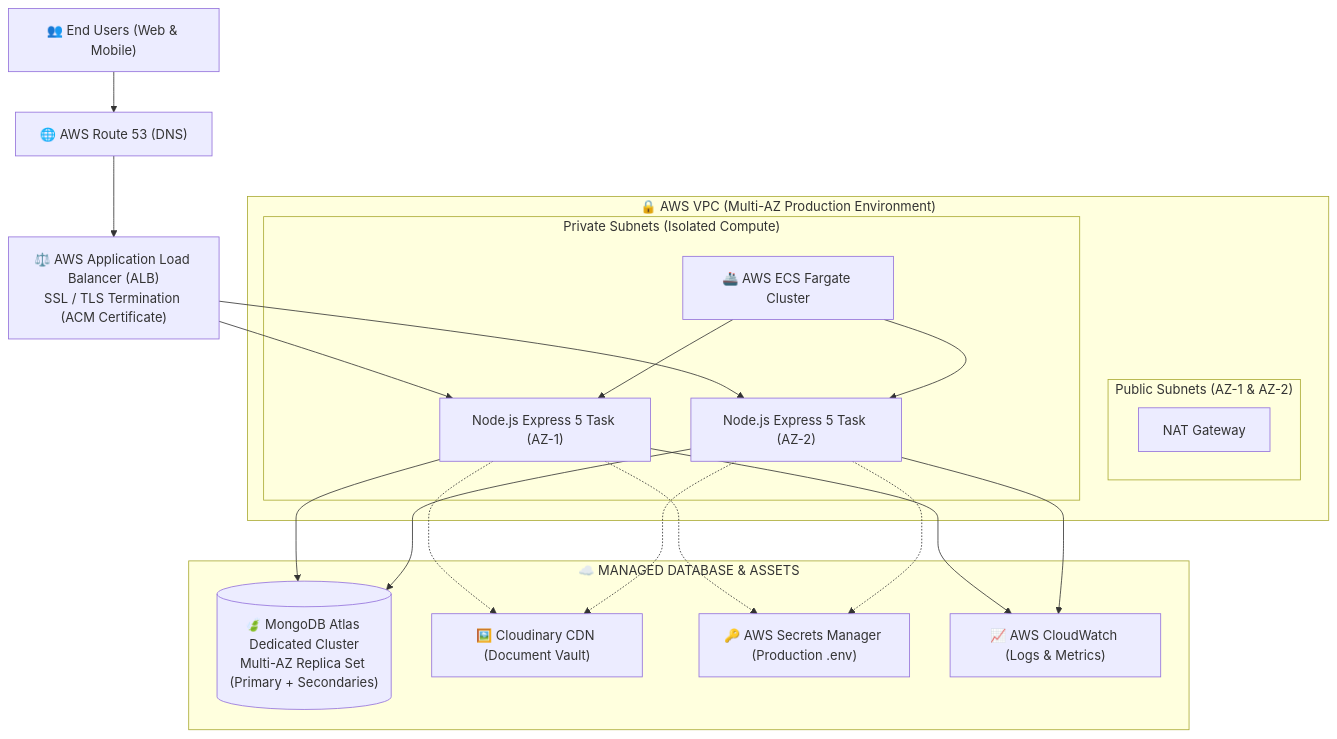
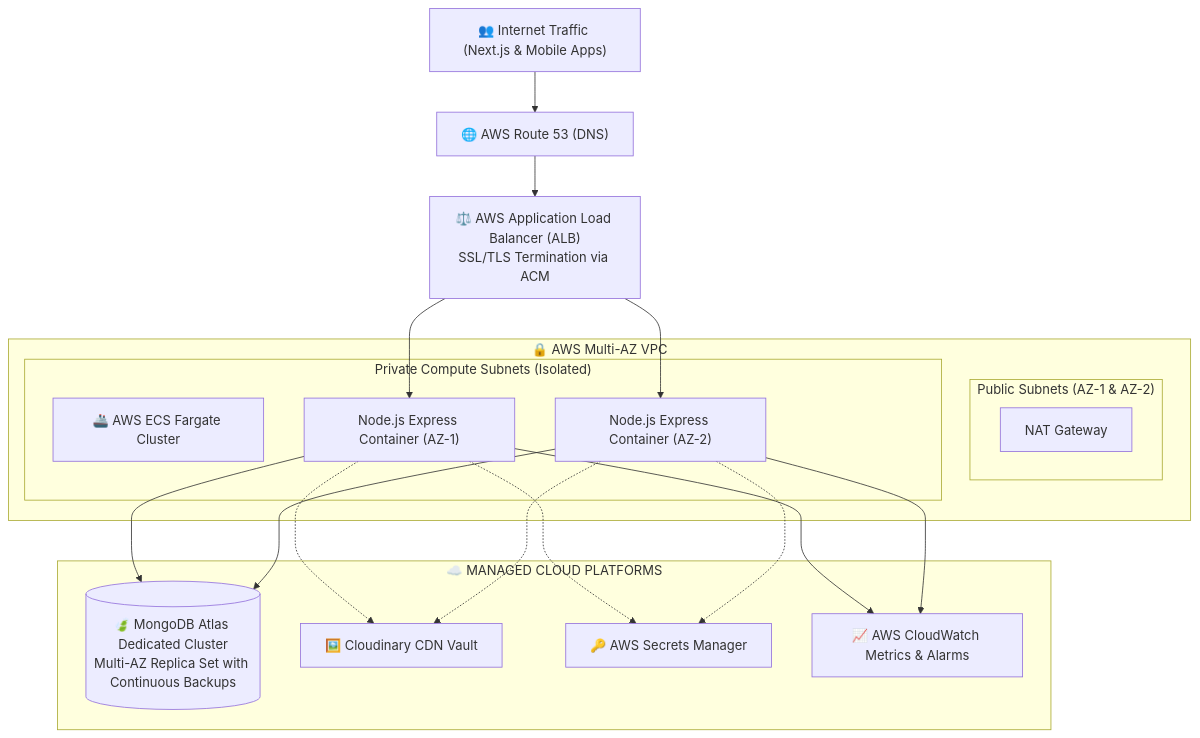
Diagram 16 of 16 in flat-maintenance-backend/docs/BACKEND_TECHNICAL_DOCUMENTATION.md (umarxcodes/flat-maintenance-system), drawn with Mermaid before and after one commit. The commit also changed other lines of this file, not shown here.

Commit message:
docs(architecture): upgrade master backend technical documentation to enterprise SSOT

````diff
--- a/flat-maintenance-backend/docs/BACKEND_TECHNICAL_DOCUMENTATION.md
+++ b/flat-maintenance-backend/docs/BACKEND_TECHNICAL_DOCUMENTATION.md
@@ -2179,37 +2364,34 @@
 ```mermaid
 graph TD
-    Users["👥 End Users (Web & Mobile)"] --> Route53["🌐 AWS Route 53 (DNS)"]
-    Route53 --> ALB["⚖️ AWS Application Load Balancer (ALB)<br/>SSL / TLS Termination (ACM Certificate)"]
+    PublicTraffic["👥 Internet Traffic (Next.js & Mobile Apps)"] --> Route53["🌐 AWS Route 53 (DNS)"]
+    Route53 --> ALB["⚖️ AWS Application Load Balancer (ALB)<br/>SSL/TLS Termination via ACM"]
 
-    subgraph VPC["🔒 AWS VPC (Multi-AZ Production Environment)"]
+    subgraph AWS_VPC["🔒 AWS Multi-AZ VPC"]
         subgraph PublicSubnets["Public Subnets (AZ-1 & AZ-2)"]
             NAT["NAT Gateway"]
         end
-
-        subgraph PrivateSubnets["Private Subnets (Isolated Compute)"]
-            ECSCluster["🚢 AWS ECS Fargate Cluster"]
-            Container1["Node.js Express 5 Task (AZ-1)"]
-            Container2["Node.js Express 5 Task (AZ-2)"]
+        subgraph PrivateSubnets["Private Compute Subnets (Isolated)"]
+            ECS["🚢 AWS ECS Fargate Cluster"]
+            Task1["Node.js Express Container (AZ-1)"]
+            Task2["Node.js Express Container (AZ-2)"]
         end
     end
 
-    subgraph ManagedCloud["☁️ MANAGED DATABASE & ASSETS"]
-        AtlasCluster[("🍃 MongoDB Atlas Dedicated Cluster<br/>Multi-AZ Replica Set (Primary + Secondaries)")]
-        Cloudinary["🖼️ Cloudinary CDN (Document Vault)"]
-        SecretsManager["🔑 AWS Secrets Manager (Production .env)"]
-        CloudWatch["📈 AWS CloudWatch (Logs & Metrics)"]
+    subgraph ManagedInfrastructure["☁️ MANAGED CLOUD PLATFORMS"]
+        AtlasCluster[("🍃 MongoDB Atlas Dedicated Cluster<br/>Multi-AZ Replica Set with Continuous Backups")]
+        CloudinaryCDN["🖼️ Cloudinary CDN Vault"]
+        SecretsMgr["🔑 AWS Secrets Manager"]
+        CloudWatch["📈 AWS CloudWatch Metrics & Alarms"]
     end
 
-    ALB --> Container1
-    ALB --> Container2
-    ECSCluster --> Container1
-    ECSCluster --> Container2
-    Container1 --> AtlasCluster
-    Container2 --> AtlasCluster
-    Container1 -.-> Cloudinary
-    Container2 -.-> Cloudinary
-    Container1 -.-> SecretsManager
-    Container2 -.-> SecretsManager
-    Container1 --> CloudWatch
-    Container2 --> CloudWatch
+    ALB --> Task1
+    ALB --> Task2
+    Task1 --> AtlasCluster
+    Task2 --> AtlasCluster
+    Task1 -.-> CloudinaryCDN
+    Task2 -.-> CloudinaryCDN
+    Task1 -.-> SecretsMgr
+    Task2 -.-> SecretsMgr
+    Task1 --> CloudWatch
+    Task2 --> CloudWatch
 ```
````
